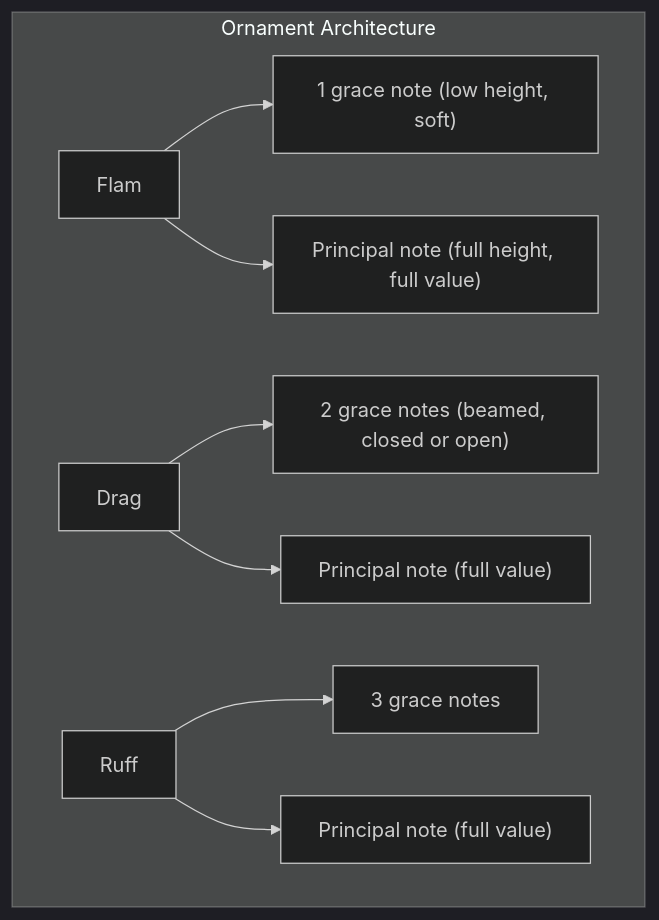
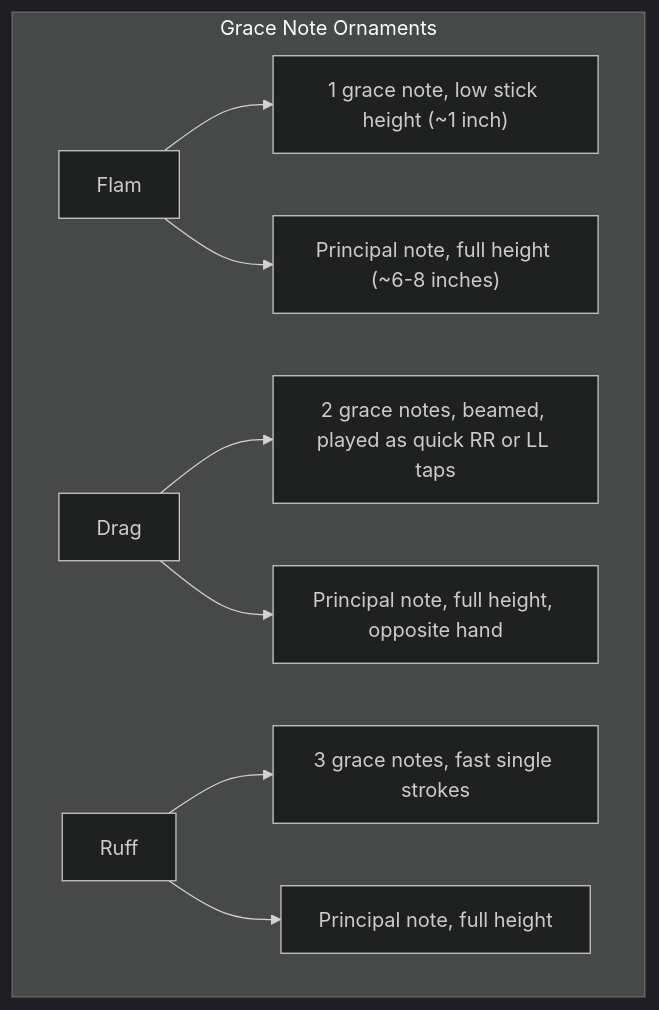
Before and after one commit to blebleblee/synapse: the third of 3 diagrams in topics/arts/music_performance/percussion/lesson_03_reading_and_notation.md, drawn with Mermaid (dark theme). The commit also changed other lines of this file and 4 other files, not shown here.

````diff
--- a/topics/arts/music_performance/percussion/lesson_03_reading_and_notation.md
+++ b/topics/arts/music_performance/percussion/lesson_03_reading_and_notation.md
@@ -188,11 +162,11 @@
 ```mermaid
 graph TD
-    subgraph sub_ornament_architecture ["Ornament Architecture"]
-        F["Flam"] --> FG["1 grace note (low height, soft)"]
-        F --> FP["Principal note (full height, full value)"]
-        D["Drag"] --> DG["2 grace notes (beamed, closed or open)"]
-        D --> DP["Principal note (full value)"]
-        R["Ruff"] --> RG["3 grace notes"]
-        R --> RP["Principal note (full value)"]
+    subgraph sub_ornaments ["Grace Note Ornaments"]
+        F["Flam"] --> FG["1 grace note, low stick height (~1 inch)"]
+        F --> FP["Principal note, full height (~6-8 inches)"]
+        D["Drag"] --> DG["2 grace notes, beamed, played as quick RR or LL taps"]
+        D --> DP["Principal note, full height, opposite hand"]
+        R["Ruff"] --> RG["3 grace notes, fast single strokes"]
+        R --> RP["Principal note, full height"]
     end
 ```
````
